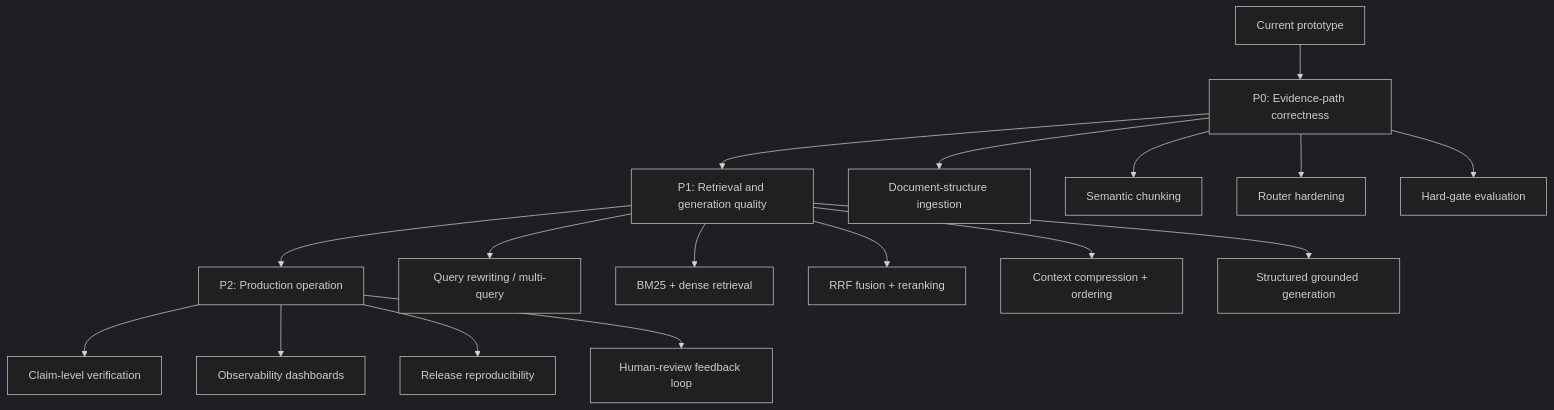
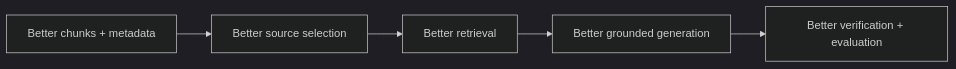
One commit to Tyler03118/ME_Agent changed the first of 2 diagrams in docs/scalability_plan_showcase.md. Above: the diagram before and after it, drawn with Mermaid (dark theme). The commit also changed other lines of this file and 1 other file, not shown here.

````diff
--- a/docs/scalability_plan_showcase.md
+++ b/docs/scalability_plan_showcase.md
@@ -18,22 +15,7 @@
 ```mermaid
-flowchart TD
-    A["Current prototype"] --> B["P0: Evidence-path correctness"]
-    B --> C["P1: Retrieval and generation quality"]
-    C --> D["P2: Production operation"]
-
-    B --> B1["Document-structure ingestion"]
-    B --> B2["Semantic chunking"]
-    B --> B3["Router hardening"]
-    B --> B4["Hard-gate evaluation"]
-
-    C --> C1["Query rewriting / multi-query"]
-    C --> C2["BM25 + dense retrieval"]
-    C --> C3["RRF fusion + reranking"]
-    C --> C4["Context compression + ordering"]
-    C --> C5["Structured grounded generation"]
-
-    D --> D1["Claim-level verification"]
-    D --> D2["Observability dashboards"]
-    D --> D3["Release reproducibility"]
-    D --> D4["Human-review feedback loop"]
+flowchart LR
+    A["Better chunks + metadata"] --> B["Better source selection"]
+    B --> C["Better retrieval"]
+    C --> D["Better grounded generation"]
+    D --> E["Better verification + evaluation"]
 ```
````
